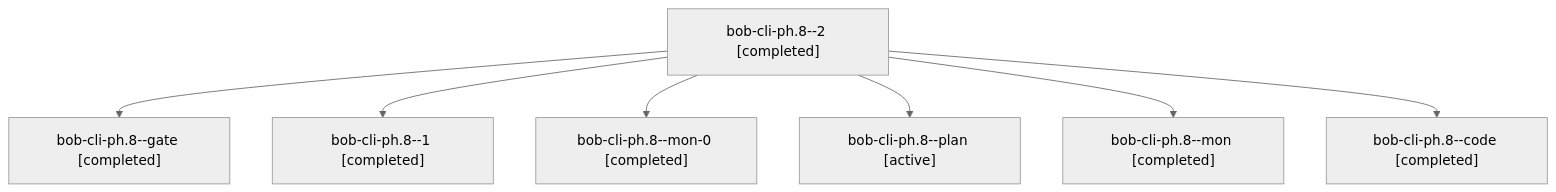
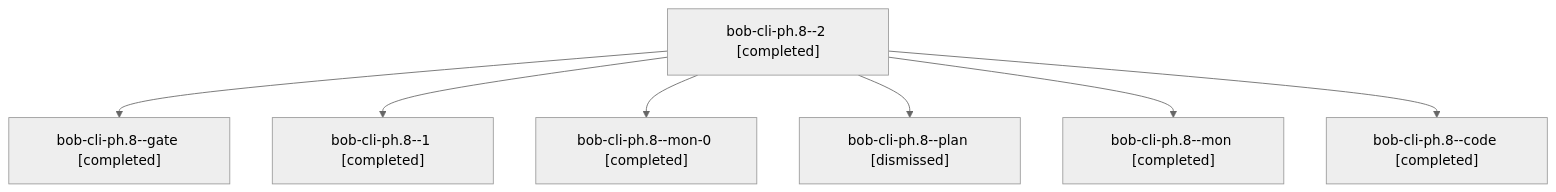
The diagram in sessions/bbugyi200.apollo.bob-cli-ph.8.md (bobs-org/bob-cli--agents), drawn with Mermaid (neutral theme) before and after one commit. The commit also changed other lines of this file and 345 other files, not shown here.

````diff
--- a/sessions/bbugyi200.apollo.bob-cli-ph.8.md
+++ b/sessions/bbugyi200.apollo.bob-cli-ph.8.md
@@ -9,16 +9,16 @@
 ```mermaid
 flowchart TD
   n0["bob-cli-ph.8--2 [completed]"]
   n1["bob-cli-ph.8--gate [completed]"]
   n0 --> n1
   n2["bob-cli-ph.8--1 [completed]"]
   n0 --> n2
   n3["bob-cli-ph.8--mon-0 [completed]"]
   n0 --> n3
-  n4["bob-cli-ph.8--plan [active]"]
+  n4["bob-cli-ph.8--plan [dismissed]"]
   n0 --> n4
   n5["bob-cli-ph.8--mon [completed]"]
   n0 --> n5
   n6["bob-cli-ph.8--code [completed]"]
   n0 --> n6
 ```
````
